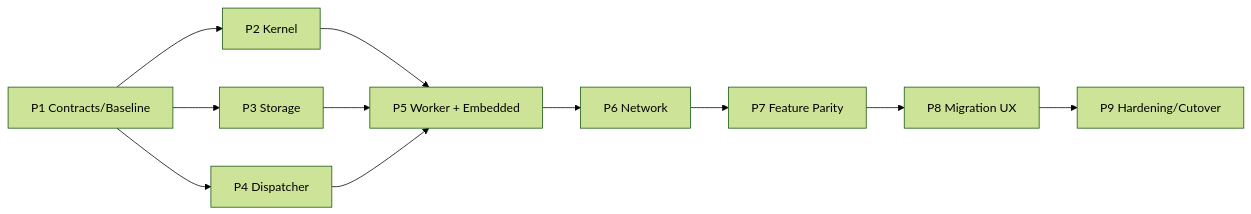
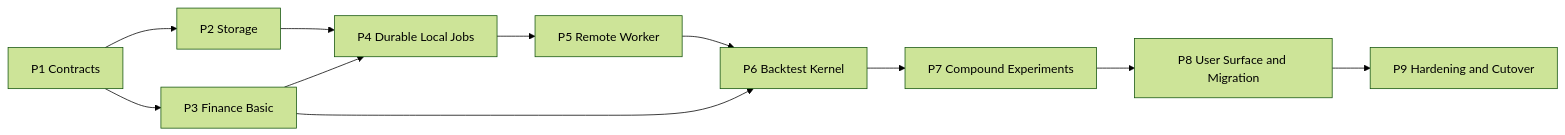
Before and after one commit to RESBI/StockStatistic: the diagram in V31design/realizeV31/README.md, drawn with Mermaid (forest theme). The commit also changed other lines of this file and 18 other files, not shown here.

Commit message:
V3.1 docs: finalize architecture and delivery plan

````diff
--- a/V31design/realizeV31/README.md
+++ b/V31design/realizeV31/README.md
@@ -37,13 +44,13 @@
 ```mermaid
-graph LR
-    P1[P1 Contracts/Baseline] --> P2[P2 Kernel]
-    P1 --> P3[P3 Storage]
-    P1 --> P4[P4 Dispatcher]
-    P2 --> P5[P5 Worker + Embedded]
-    P3 --> P5
-    P4 --> P5
-    P5 --> P6[P6 Network]
-    P6 --> P7[P7 Feature Parity]
-    P7 --> P8[P8 Migration UX]
-    P8 --> P9[P9 Hardening/Cutover]
+flowchart LR
+    P1[P1 Contracts] --> P2[P2 Storage]
+    P1 --> P3[P3 Finance Basic]
+    P2 --> P4[P4 Durable Local Jobs]
+    P3 --> P4
+    P4 --> P5[P5 Remote Worker]
+    P3 --> P6[P6 Backtest Kernel]
+    P5 --> P6
+    P6 --> P7[P7 Compound Experiments]
+    P7 --> P8[P8 User Surface and Migration]
+    P8 --> P9[P9 Hardening and Cutover]
 ```
````
